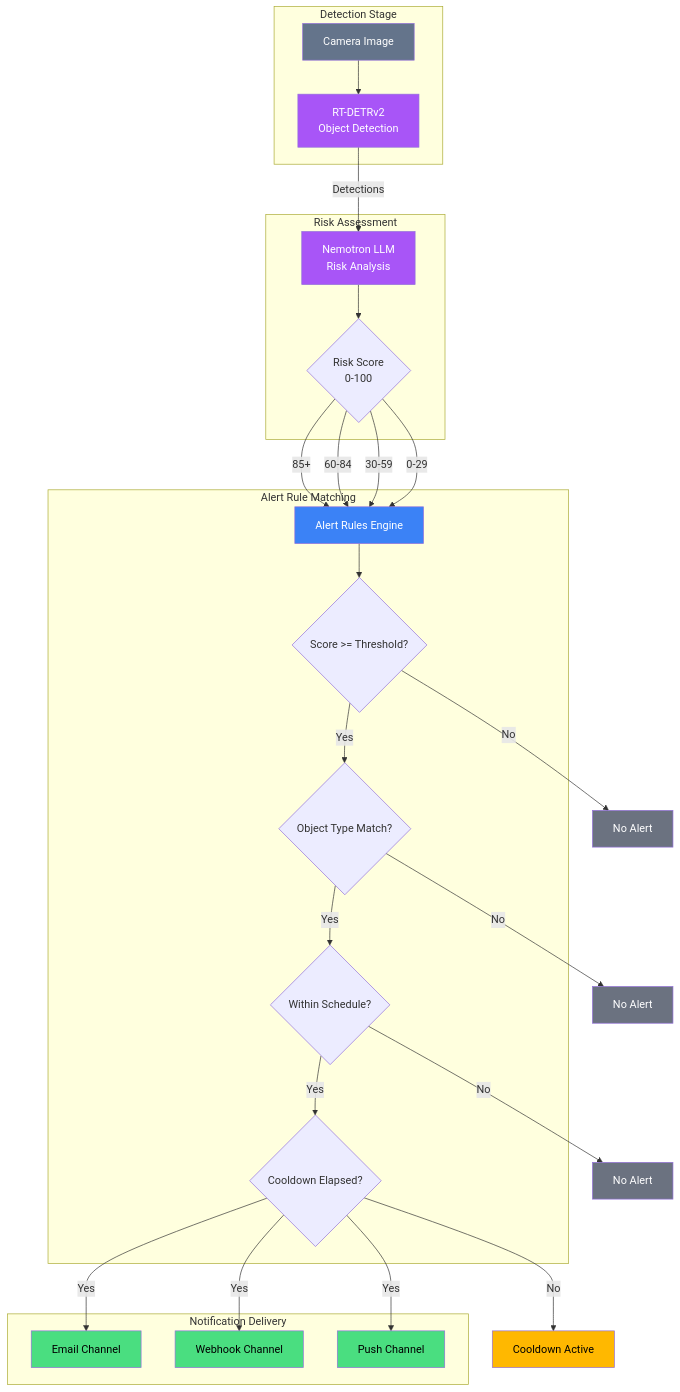
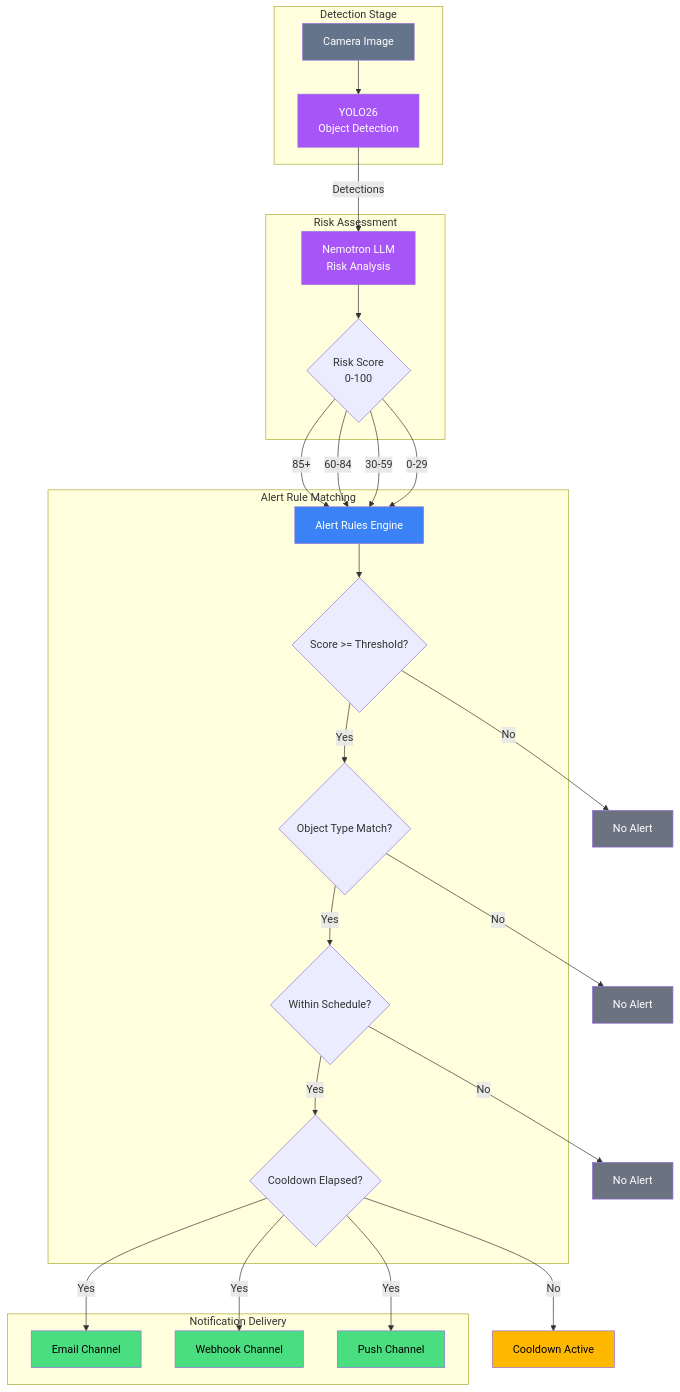
The fourth of 5 diagrams in docs/developer/api/system-ops.md (mikesvoboda/nemotron-v3-home-security-intelligence), drawn with Mermaid before and after one commit. The commit also changed other lines of this file and 474 other files, not shown here.

````diff
--- a/docs/developer/api/system-ops.md
+++ b/docs/developer/api/system-ops.md
@@ -888,59 +888,59 @@
 ```mermaid
 flowchart TB
     subgraph Detection["Detection Stage"]
         CAM[Camera Image]
-        RTDETR[RT-DETRv2<br/>Object Detection]
+        YOLO26[YOLO26<br/>Object Detection]
     end
 
     subgraph RiskAssessment["Risk Assessment"]
         NEM[Nemotron LLM<br/>Risk Analysis]
         SCORE{Risk Score<br/>0-100}
     end
 
     subgraph AlertMatching["Alert Rule Matching"]
         RULES[Alert Rules Engine]
         THRESH{Score >= Threshold?}
         TYPE{Object Type Match?}
         SCHED{Within Schedule?}
         COOL{Cooldown Elapsed?}
     end
 
     subgraph Notification["Notification Delivery"]
         EMAIL[Email Channel]
         WEBHOOK[Webhook Channel]
         PUSH[Push Channel]
     end
 
-    CAM --> RTDETR
-    RTDETR -->|Detections| NEM
+    CAM --> YOLO26
+    YOLO26 -->|Detections| NEM
     NEM --> SCORE
 
     SCORE -->|"85+"| RULES
     SCORE -->|"60-84"| RULES
     SCORE -->|"30-59"| RULES
     SCORE -->|"0-29"| RULES
 
     RULES --> THRESH
     THRESH -->|Yes| TYPE
     THRESH -->|No| DROP1[No Alert]
     TYPE -->|Yes| SCHED
     TYPE -->|No| DROP2[No Alert]
     SCHED -->|Yes| COOL
     SCHED -->|No| DROP3[No Alert]
     COOL -->|Yes| EMAIL
     COOL -->|Yes| WEBHOOK
     COOL -->|Yes| PUSH
     COOL -->|No| DROP4[Cooldown Active]
 
     style CAM fill:#64748B,color:#fff
-    style RTDETR fill:#A855F7,color:#fff
+    style YOLO26 fill:#A855F7,color:#fff
     style NEM fill:#A855F7,color:#fff
     style RULES fill:#3B82F6,color:#fff
     style EMAIL fill:#4ADE80,color:#000
     style WEBHOOK fill:#4ADE80,color:#000
     style PUSH fill:#4ADE80,color:#000
     style DROP1 fill:#6B7280,color:#fff
     style DROP2 fill:#6B7280,color:#fff
     style DROP3 fill:#6B7280,color:#fff
     style DROP4 fill:#FFB800,color:#000
 ```
````
